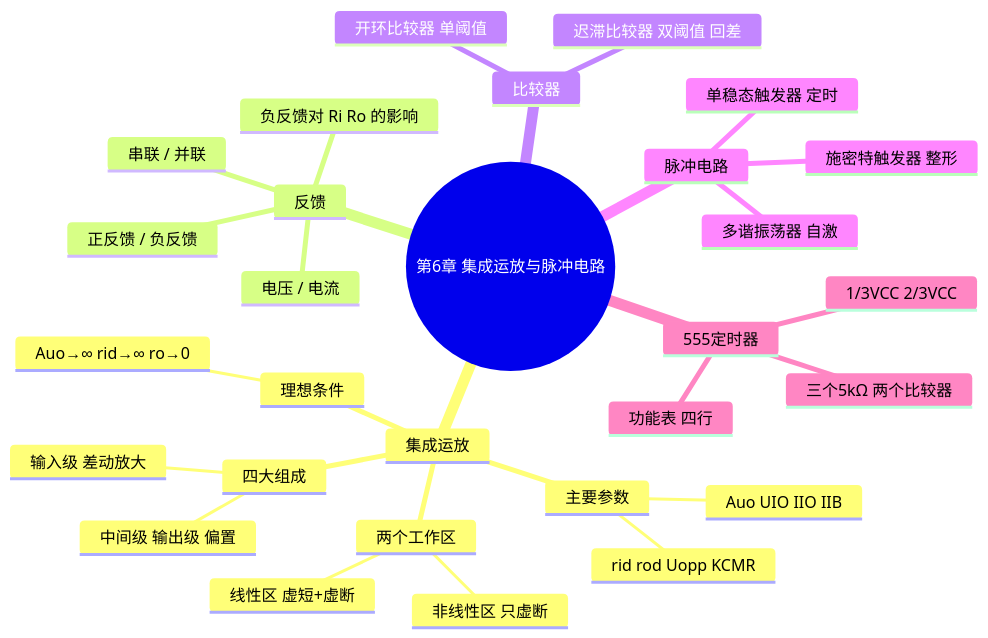
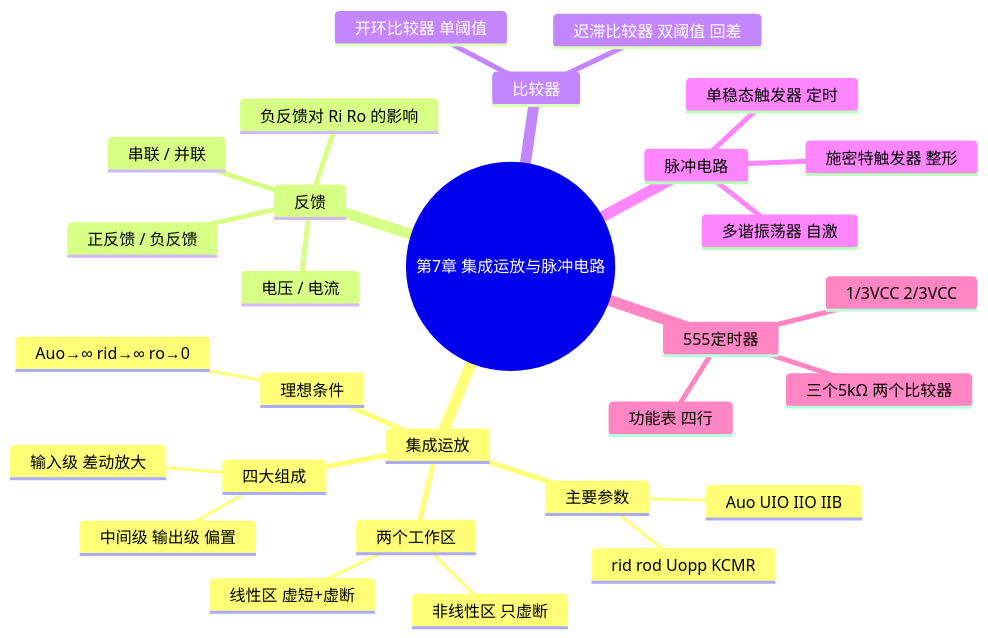
The eighth of 8 diagrams in 学习资料/模拟电路与数字电路全书_知识点讲解_日常学习.md (Kastrovsky/hrbust-cs-shudian-notes), drawn with Mermaid before and after one commit. The commit also changed other lines of this file and 112 other files, not shown here.

````diff
--- a/学习资料/模拟电路与数字电路全书_知识点讲解_日常学习.md
+++ b/学习资料/模拟电路与数字电路全书_知识点讲解_日常学习.md
@@ -276,32 +389,32 @@
 ```mermaid
 mindmap
-  root((第6章 集成运放与脉冲电路))
+  root((第7章 集成运放与脉冲电路))
     集成运放
       四大组成
         输入级 差动放大
         中间级 输出级 偏置
       主要参数
         Auo UIO IIO IIB
         rid rod Uopp KCMR
       理想条件
         Auo→∞ rid→∞ ro→0
       两个工作区
         线性区 虚短+虚断
         非线性区 只虚断
     反馈
       正反馈 / 负反馈
       电压 / 电流
       串联 / 并联
       负反馈对 Ri Ro 的影响
     比较器
       开环比较器 单阈值
       迟滞比较器 双阈值 回差
     脉冲电路
       多谐振荡器 自激
       施密特触发器 整形
       单稳态触发器 定时
     555定时器
       三个5kΩ 两个比较器
       1/3VCC 2/3VCC
       功能表 四行
 ```
````
